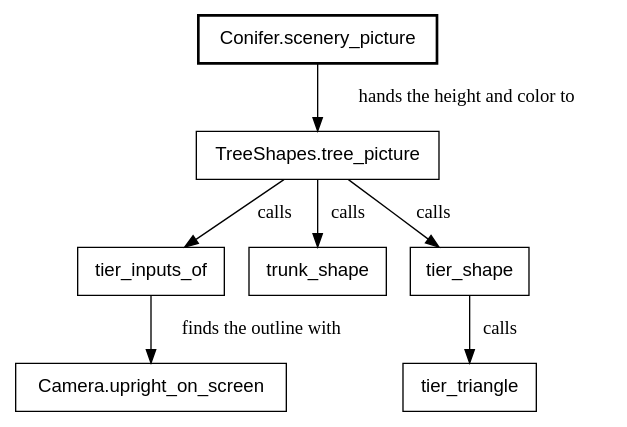
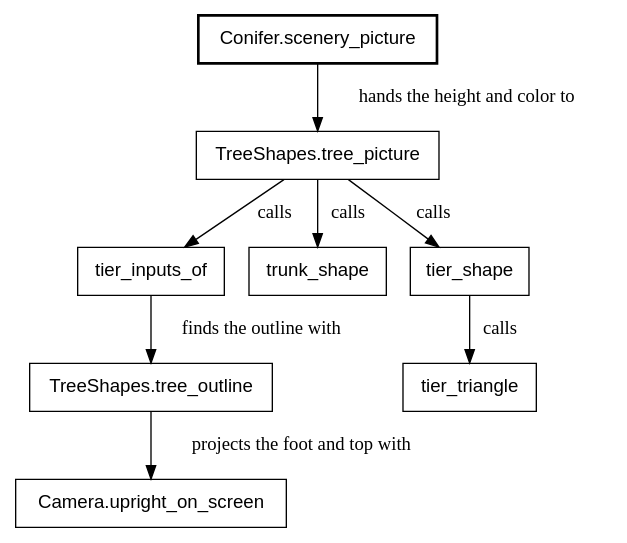
One commit to showell/roc-apps changed the seventh of 30 diagrams in canvas_apps/safari/tutorial/tutorial.md. Above: the diagram before and after it, drawn with Graphviz. The commit also changed other lines of this file, not shown here.

````diff
--- a/canvas_apps/safari/tutorial/tutorial.md
+++ b/canvas_apps/safari/tutorial/tutorial.md
@@ -545,12 +545,13 @@
 ```dot
 digraph tree {
   node [shape=box, fontname="Helvetica"];
   "Conifer.scenery_picture" [style=bold];
   "Conifer.scenery_picture" -> "TreeShapes.tree_picture" [label="  hands the height and color to"];
   "TreeShapes.tree_picture" -> "tier_inputs_of" [label="  calls"];
-  "tier_inputs_of" -> "Camera.upright_on_screen" [label="  finds the outline with"];
+  "tier_inputs_of" -> "TreeShapes.tree_outline" [label="  finds the outline with"];
+  "TreeShapes.tree_outline" -> "Camera.upright_on_screen" [label="  projects the foot and top with"];
   "TreeShapes.tree_picture" -> "trunk_shape" [label="  calls"];
   "TreeShapes.tree_picture" -> "tier_shape" [label="  calls"];
   "tier_shape" -> "tier_triangle" [label="  calls"];
 }
 ```
````
